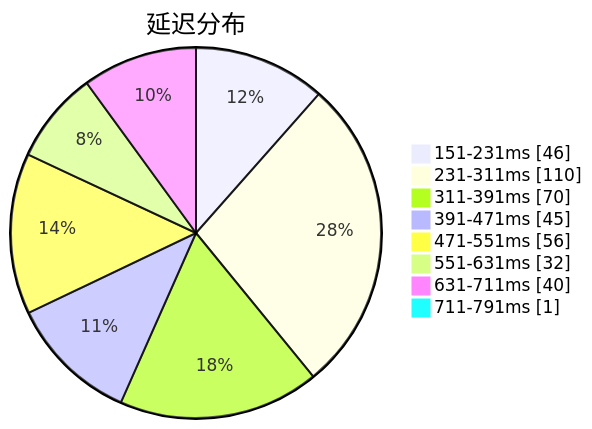
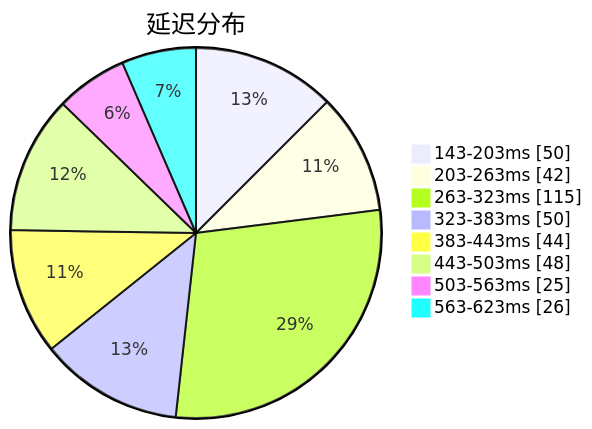
One commit to qjlxg/airport changed the first of 3 diagrams in subs/statistics/tested_within.md. Above: the diagram before and after it, drawn with Mermaid. The commit also changed other lines of this file and 2 other files, not shown here.

Commit message:
Tested by metaST

````diff
--- a/subs/statistics/tested_within.md
+++ b/subs/statistics/tested_within.md
@@ -2,12 +2,12 @@
 ```mermaid
 pie showData
 title 延迟分布
-"151-231ms" : 46
-"231-311ms" : 110
-"311-391ms" : 70
-"391-471ms" : 45
-"471-551ms" : 56
-"551-631ms" : 32
-"631-711ms" : 40
-"711-791ms" : 1
+"143-203ms" : 50
+"203-263ms" : 42
+"263-323ms" : 115
+"323-383ms" : 50
+"383-443ms" : 44
+"443-503ms" : 48
+"503-563ms" : 25
+"563-623ms" : 26
 ```
````
